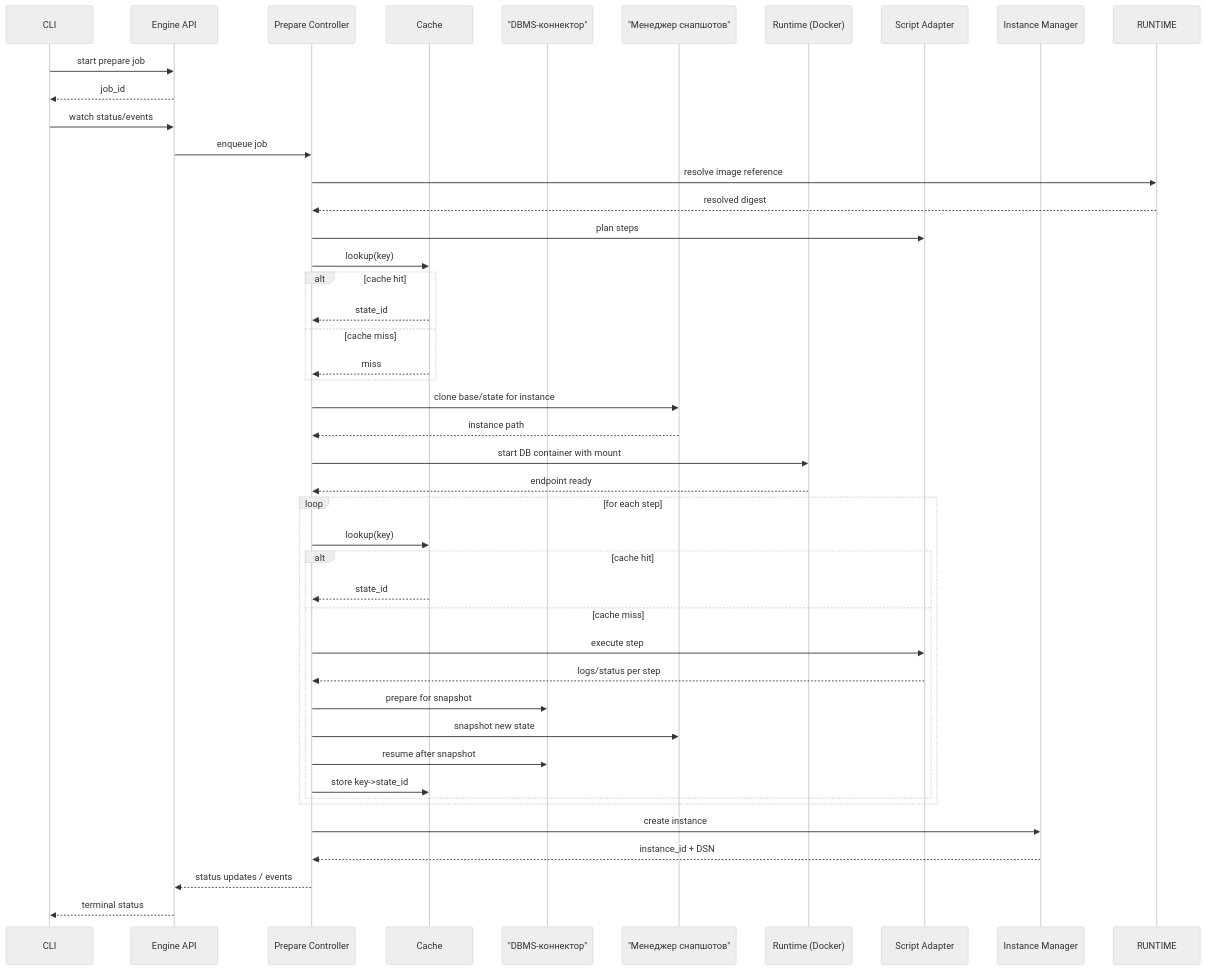
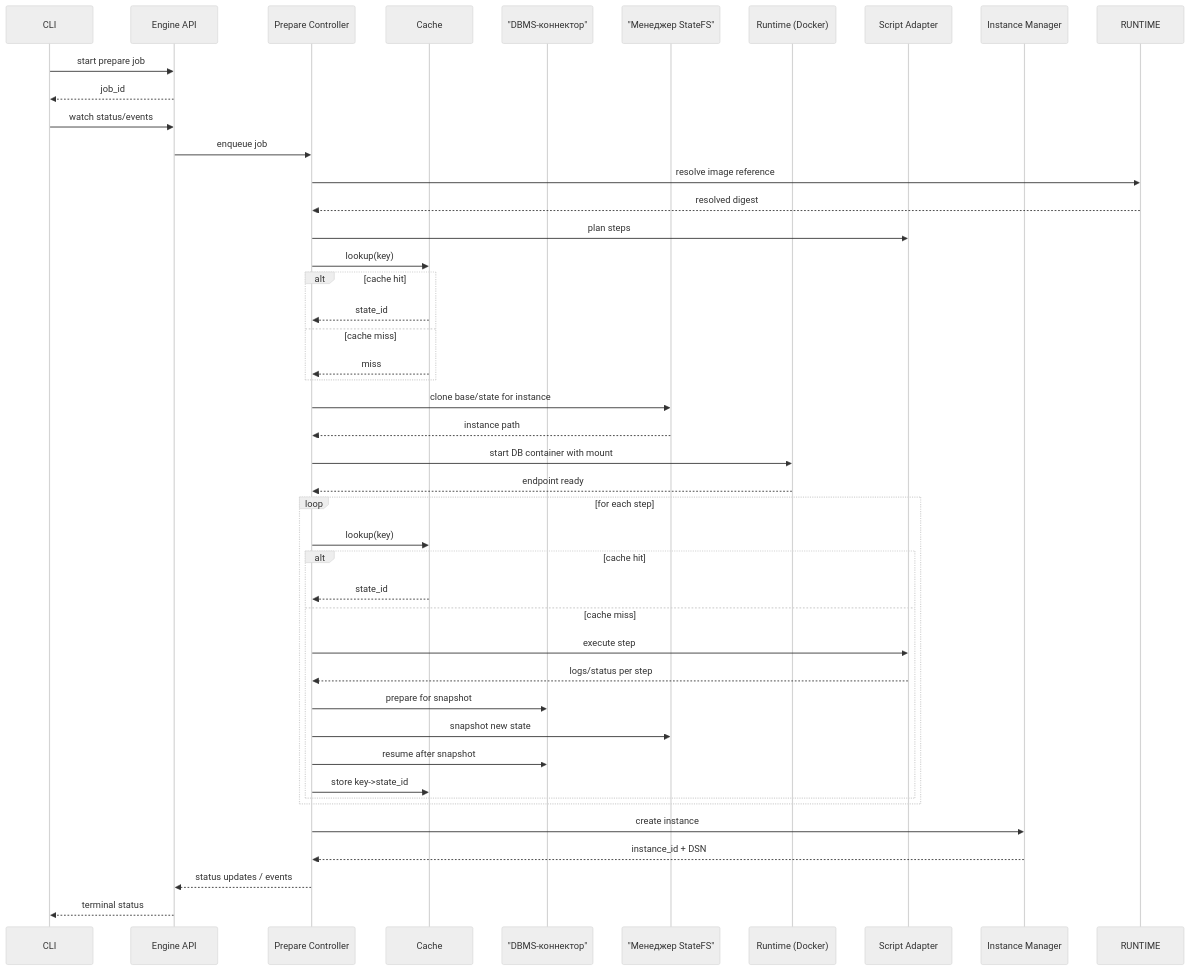
One commit to kimak-irmagi/taidon changed the second of 6 diagrams in docs/architecture/engine-internals.RU.md. Above: the diagram before and after it, drawn with Mermaid (neutral theme). The commit also changed other lines of this file and 29 other files, not shown here.

````diff
--- a/docs/architecture/engine-internals.RU.md
+++ b/docs/architecture/engine-internals.RU.md
@@ -179,47 +179,47 @@
 ```mermaid
 sequenceDiagram
   participant CLI as CLI
   participant API as Engine API
   participant CTRL as Prepare Controller
   participant CACHE as Cache
   participant DBMS as "DBMS-коннектор"
-  participant SNAP as "Менеджер снапшотов"
+  participant SNAP as "Менеджер StateFS"
   participant RT as Runtime (Docker)
   participant ADAPTER as Script Adapter
   participant INST as Instance Manager
 
   CLI->>API: start prepare job
   API-->>CLI: job_id
   CLI->>API: watch status/events
   API->>CTRL: enqueue job
   CTRL->>RUNTIME: resolve image reference
   RUNTIME-->>CTRL: resolved digest
   CTRL->>ADAPTER: plan steps
   CTRL->>CACHE: lookup(key)
   alt cache hit
     CACHE-->>CTRL: state_id
   else cache miss
     CACHE-->>CTRL: miss
   end
   CTRL->>SNAP: clone base/state for instance
   SNAP-->>CTRL: instance path
   CTRL->>RT: start DB container with mount
   RT-->>CTRL: endpoint ready
   loop for each step
     CTRL->>CACHE: lookup(key)
     alt cache hit
       CACHE-->>CTRL: state_id
     else cache miss
       CTRL->>ADAPTER: execute step
       ADAPTER-->>CTRL: logs/status per step
       CTRL->>DBMS: prepare for snapshot
       CTRL->>SNAP: snapshot new state
       CTRL->>DBMS: resume after snapshot
       CTRL->>CACHE: store key->state_id
     end
   end
   CTRL->>INST: create instance
   INST-->>CTRL: instance_id + DSN
   CTRL-->>API: status updates / events
   API-->>CLI: terminal status
 ```
````
